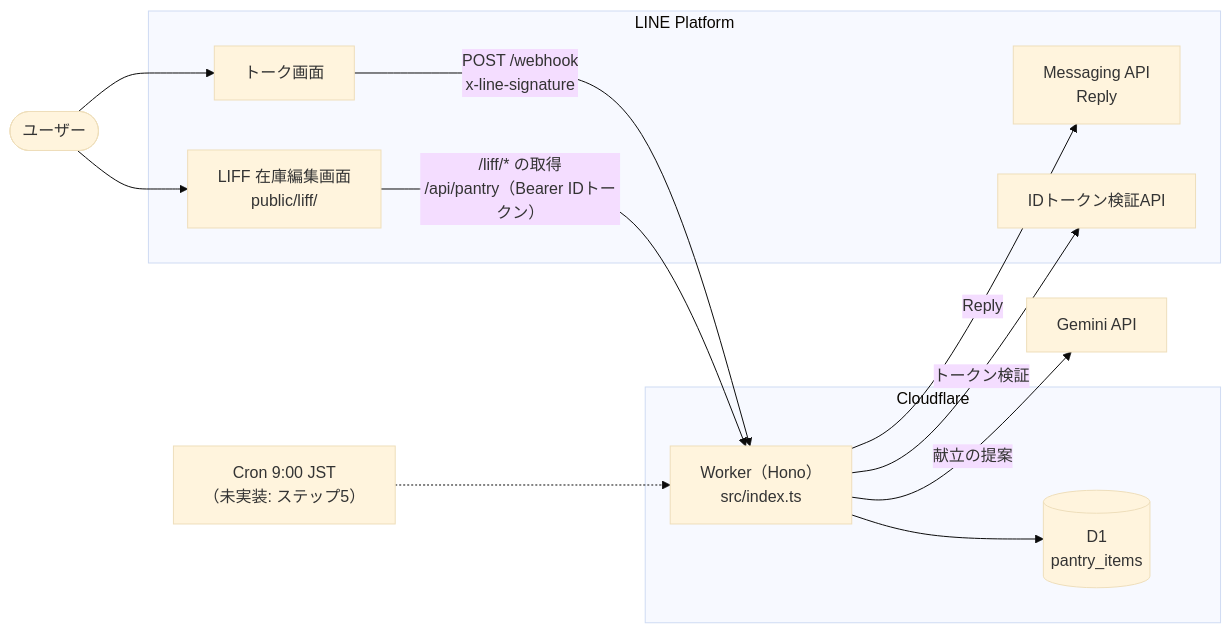
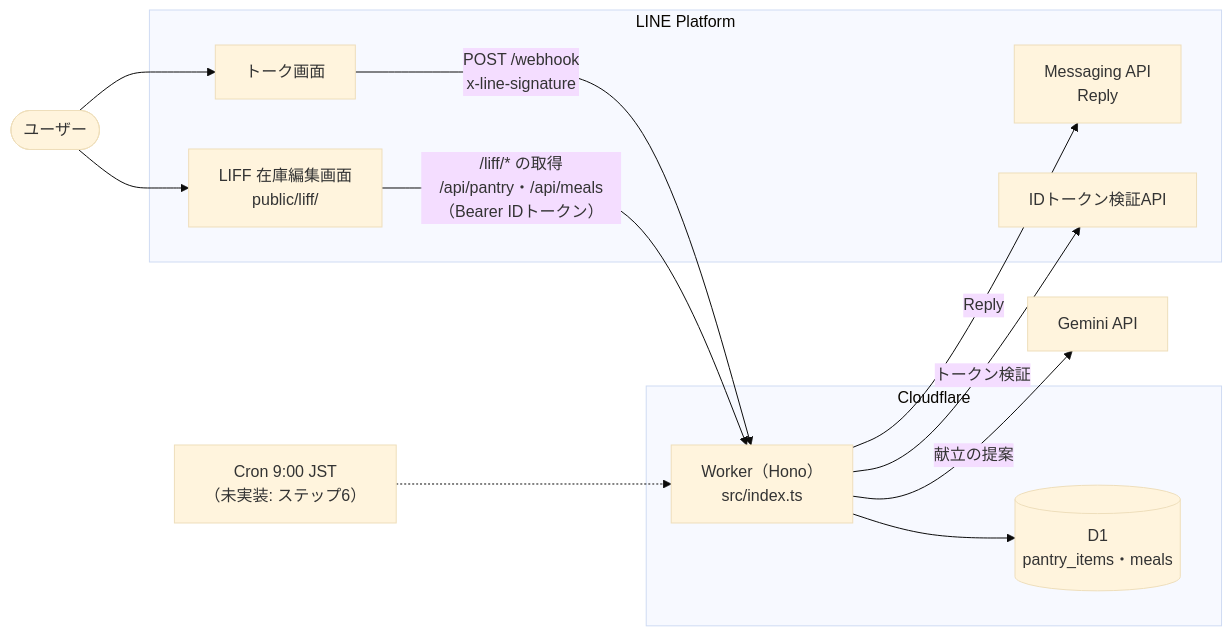
The first of 6 diagrams in docs/design.md (chelfansea-engineer/kondate-bot), drawn with Mermaid (base theme) before and after one commit. The commit also changed other lines of this file and 3 other files, not shown here.

````diff
--- a/docs/design.md
+++ b/docs/design.md
@@ -11,29 +11,29 @@
 ```mermaid
 flowchart LR
   user([ユーザー])
 
   subgraph LINE["LINE Platform"]
     chat["トーク画面"]
     liff["LIFF 在庫編集画面<br/>public/liff/"]
     msgapi["Messaging API<br/>Reply"]
     verify["IDトークン検証API"]
   end
 
   subgraph CF["Cloudflare"]
     worker["Worker（Hono）<br/>src/index.ts"]
-    d1[("D1<br/>pantry_items")]
+    d1[("D1<br/>pantry_items・meals")]
   end
 
   gemini["Gemini API"]
-  cron["Cron 9:00 JST<br/>（未実装: ステップ5）"]
+  cron["Cron 9:00 JST<br/>（未実装: ステップ6）"]
 
   user --> chat
   user --> liff
   chat -->|"POST /webhook<br/>x-line-signature"| worker
   worker -->|"Reply"| msgapi
-  liff -->|"/liff/* の取得<br/>/api/pantry（Bearer IDトークン）"| worker
+  liff -->|"/liff/* の取得<br/>/api/pantry・/api/meals（Bearer IDトークン）"| worker
   worker -->|"トークン検証"| verify
   worker --> d1
   worker -->|"献立の提案"| gemini
   cron -.-> worker
 ```
````
